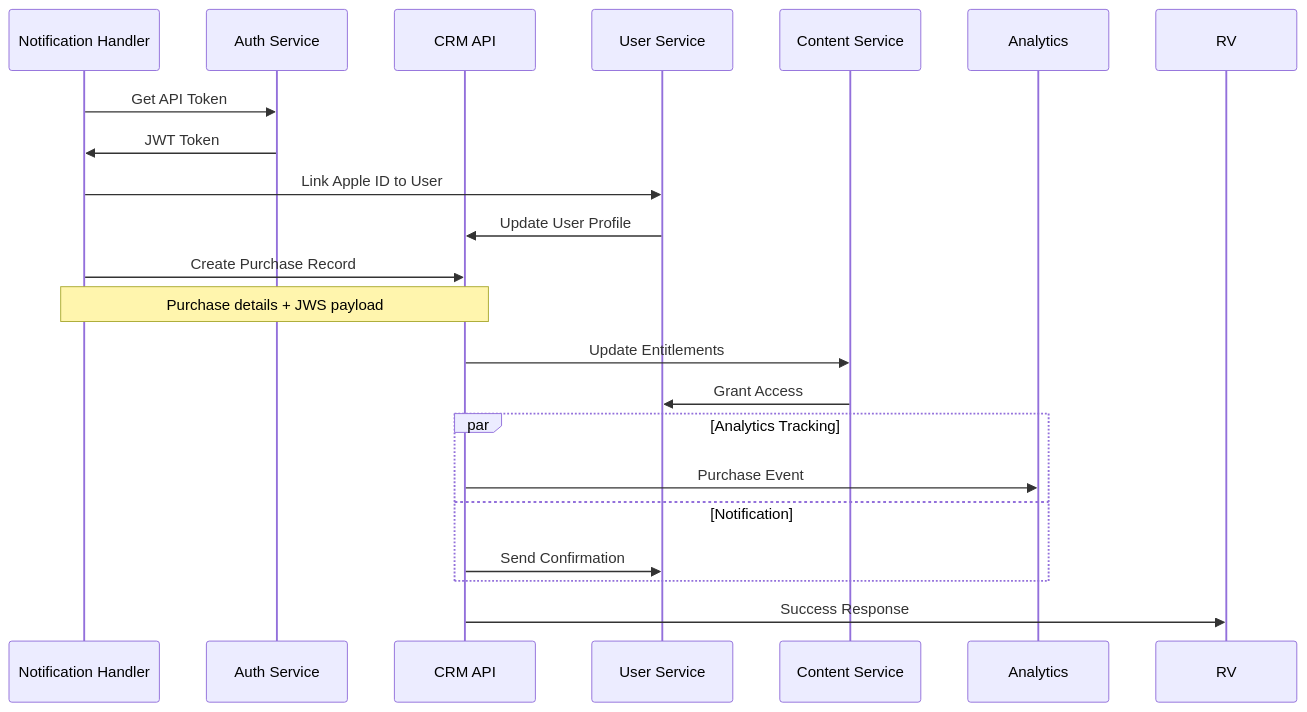
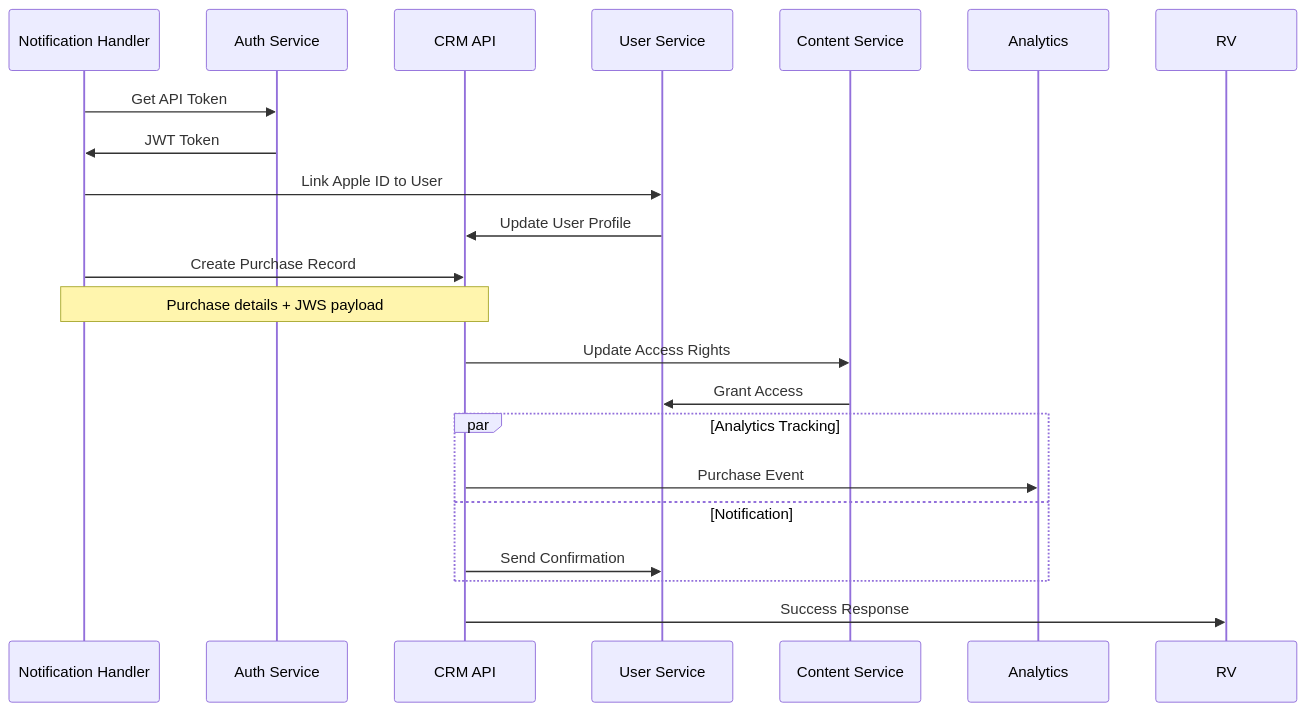
Before and after one commit to tnstoyanov/applePayInAppBt: the fifth of 9 diagrams in architecture/flow-diagrams.md, drawn with Mermaid. The commit also changed other lines of this file, not shown here.

First line of the commit message:
Remove subscription management flow and update terminology

````diff
--- a/architecture/flow-diagrams.md
+++ b/architecture/flow-diagrams.md
@@ -179,29 +156,29 @@
 ```mermaid
 sequenceDiagram
     participant NH as Notification Handler
     participant Auth as Auth Service
     participant CRM as CRM API
     participant User as User Service
     participant Content as Content Service
     participant Analytics as Analytics
     
     NH->>Auth: Get API Token
     Auth->>NH: JWT Token
     
     NH->>User: Link Apple ID to User
     User->>CRM: Update User Profile
     
     NH->>CRM: Create Purchase Record
     Note over NH,CRM: Purchase details + JWS payload
     
-    CRM->>Content: Update Entitlements
+    CRM->>Content: Update Access Rights
     Content->>User: Grant Access
     
     par Analytics Tracking
         CRM->>Analytics: Purchase Event
     and Notification
         CRM->>User: Send Confirmation
     end
     
     CRM->>RV: Success Response
 ```
````
